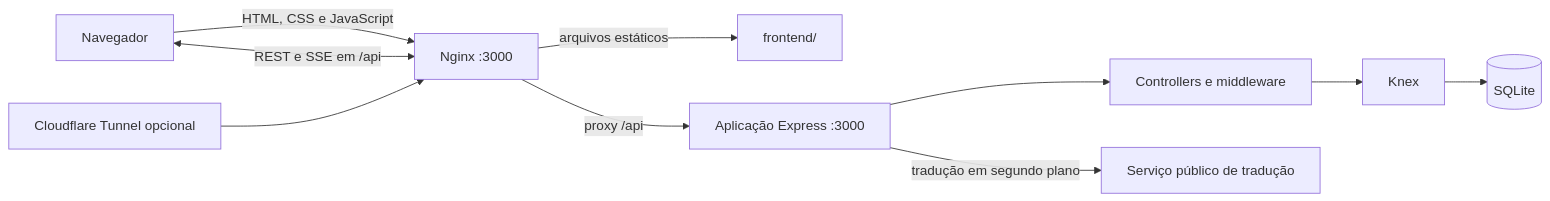
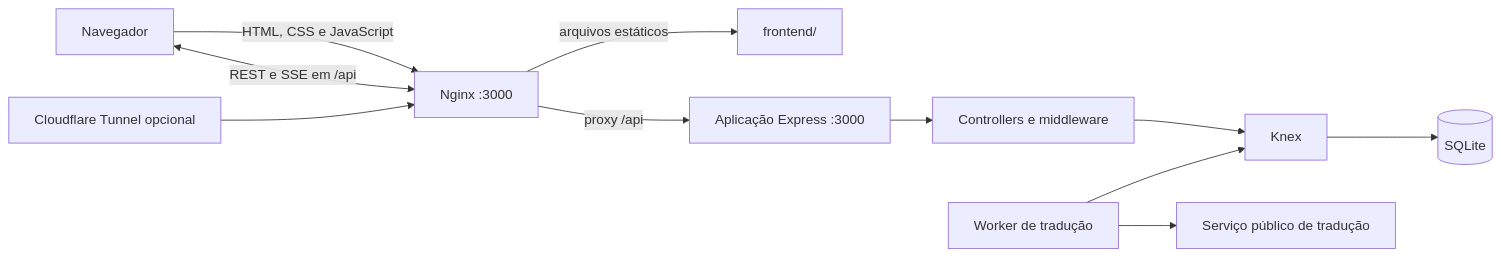
One commit to carlossuzin6111-code/sistema-tonho changed the diagram in docs/ARCHITECTURE.md. Above: the diagram before and after it, drawn with Mermaid. The commit also changed other lines of this file and 1 other file, not shown here.

````diff
--- a/docs/ARCHITECTURE.md
+++ b/docs/ARCHITECTURE.md
@@ -9,12 +9,13 @@
 ```mermaid
 flowchart LR
     B[Navegador] -->|HTML, CSS e JavaScript| N[Nginx :3000]
     B <-->|REST e SSE em /api| N
     T[Cloudflare Tunnel opcional] --> N
     N -->|arquivos estáticos| F[frontend/]
     N -->|proxy /api| A[Aplicação Express :3000]
     A --> C[Controllers e middleware]
     C --> K[Knex]
     K --> S[(SQLite)]
-    A -->|tradução em segundo plano| G[Serviço público de tradução]
+    W[Worker de tradução] --> K
+    W --> G[Serviço público de tradução]
 ```
````
